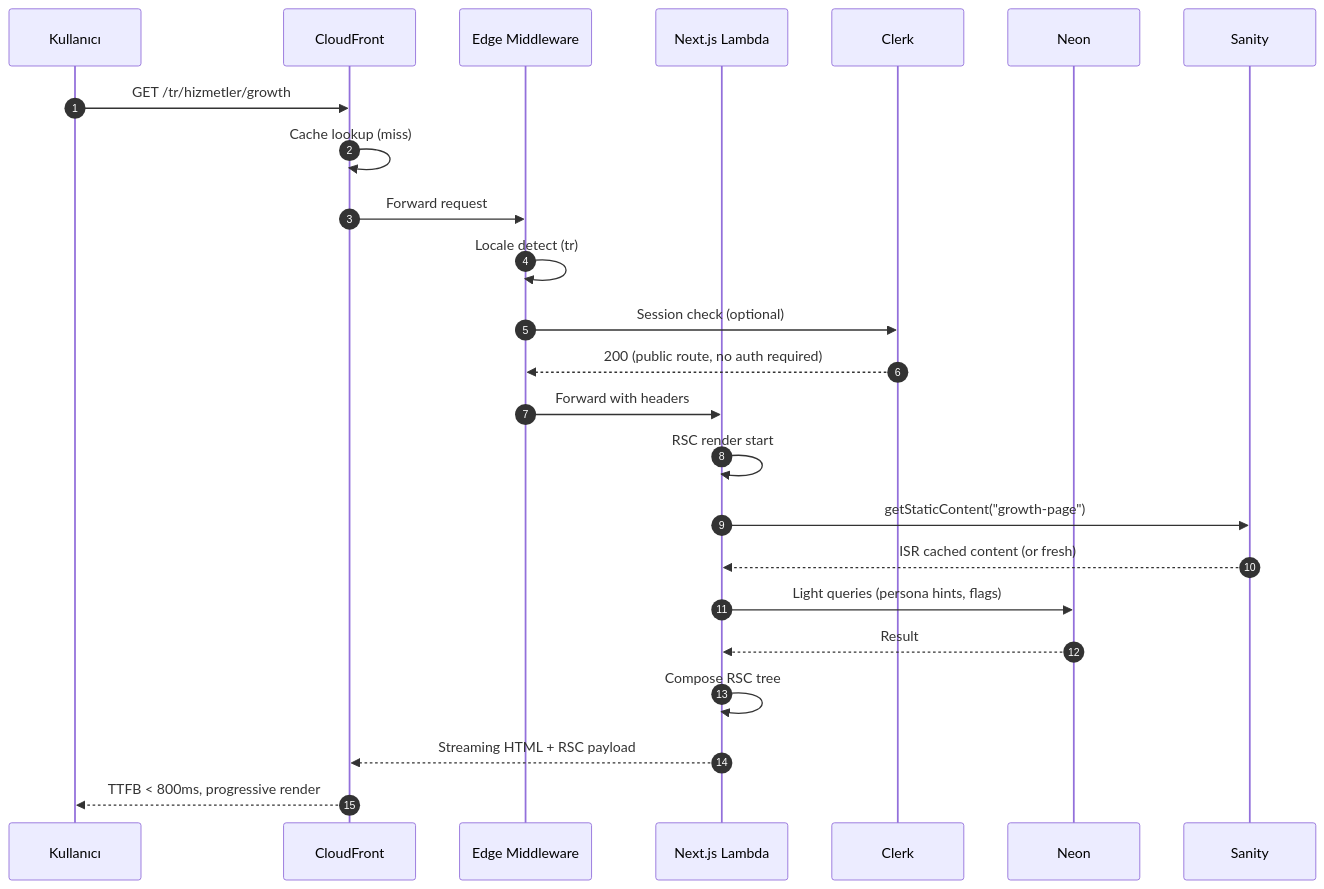
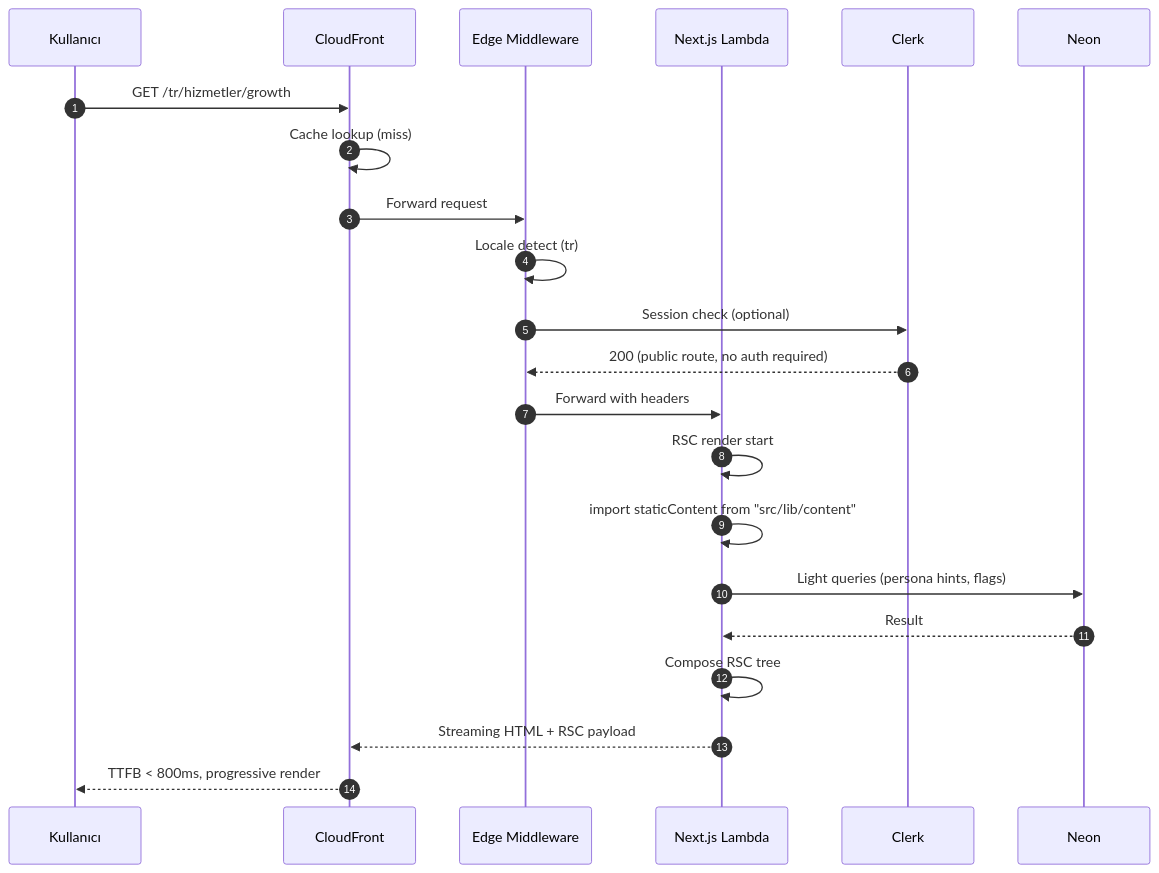
The second of 6 diagrams in docs/05-tech-architecture.md (burakardaozgul/indoles_new), drawn with Mermaid before and after one commit. The commit also changed other lines of this file and 10 other files, not shown here.

First line of the commit message:
docs: remove Sanity CMS, content moves to static TS + MDX (ADR-006)

````diff
--- a/docs/05-tech-architecture.md
+++ b/docs/05-tech-architecture.md
@@ -142,27 +143,25 @@
 ```mermaid
 sequenceDiagram
   autonumber
   participant U as Kullanıcı
   participant CF as CloudFront
   participant MW as Edge Middleware
   participant L as Next.js Lambda
   participant Cl as Clerk
   participant DB as Neon
-  participant S as Sanity
 
   U->>CF: GET /tr/hizmetler/growth
   CF->>CF: Cache lookup (miss)
   CF->>MW: Forward request
   MW->>MW: Locale detect (tr)
   MW->>Cl: Session check (optional)
   Cl-->>MW: 200 (public route, no auth required)
   MW->>L: Forward with headers
   L->>L: RSC render start
-  L->>S: getStaticContent("growth-page")
-  S-->>L: ISR cached content (or fresh)
+  L->>L: import staticContent from "src/lib/content"
   L->>DB: Light queries (persona hints, flags)
   DB-->>L: Result
   L->>L: Compose RSC tree
   L-->>CF: Streaming HTML + RSC payload
   CF-->>U: TTFB < 800ms, progressive render
 ```
````
